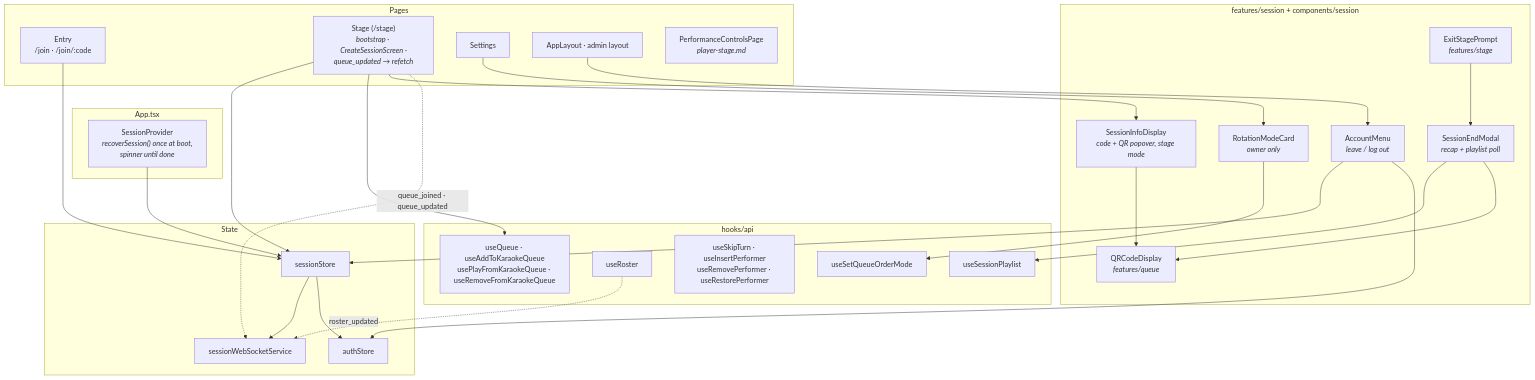
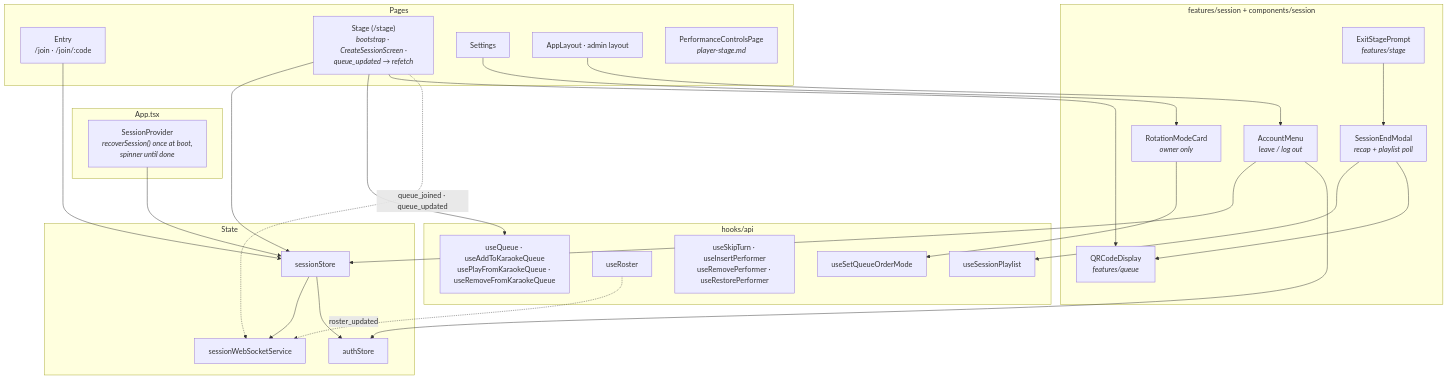
One commit to spencerfrost/open-karaoke-studio changed the eighth of 9 diagrams in docs/domains/sessions-realtime.md. Above: the diagram before and after it, drawn with Mermaid. The commit also changed other lines of this file and 11 other files, not shown here.

````diff
--- a/docs/domains/sessions-realtime.md
+++ b/docs/domains/sessions-realtime.md
@@ -561,54 +561,53 @@
 ```mermaid
 flowchart TB
     subgraph App["App.tsx"]
         Provider["SessionProvider<br/><i>recoverSession() once at boot,<br/>spinner until done</i>"]
     end
 
     subgraph Pages
         Entry["Entry<br/>/join · /join/:code"]
         Stage["Stage (/stage)<br/><i>bootstrap · CreateSessionScreen ·<br/>queue_updated → refetch</i>"]
         Settings["Settings"]
         Pages2["AppLayout · admin layout"]
         Controls["PerformanceControlsPage<br/><i>player-stage.md</i>"]
     end
 
     subgraph SessionFeature["features/session + components/session"]
-        Info["SessionInfoDisplay<br/><i>code + QR popover, stage mode</i>"]
         Rot["RotationModeCard<br/><i>owner only</i>"]
         Acct["AccountMenu<br/><i>leave / log out</i>"]
         EndModal["SessionEndModal<br/><i>recap + playlist poll</i>"]
         Exit["ExitStagePrompt<br/><i>features/stage</i>"]
         QR["QRCodeDisplay<br/><i>features/queue</i>"]
     end
 
     subgraph State
         Store["sessionStore"]
         Svc["sessionWebSocketService"]
         Auth["authStore"]
     end
 
     subgraph Hooks["hooks/api"]
         UQ["useQueue · useAddToKaraokeQueue<br/>usePlayFromKaraokeQueue · useRemoveFromKaraokeQueue"]
         UR["useRoster"]
         UT["useSkipTurn · useInsertPerformer<br/>useRemovePerformer · useRestorePerformer"]
         UM["useSetQueueOrderMode"]
         UP["useSessionPlaylist"]
     end
 
     Provider --> Store
     Entry --> Store
     Stage --> Store
     Stage --> UQ
     Settings --> Rot
     Pages2 --> Acct
     Acct --> Store
     Acct --> Auth
     Rot --> UM
     Exit --> EndModal --> UP
     EndModal --> QR
-    Stage --> Info --> QR
+    Stage --> QR
     Store --> Svc
     Store --> Auth
     UR -.->|roster_updated| Svc
     Stage -.->|queue_joined · queue_updated| Svc
 ```
````
